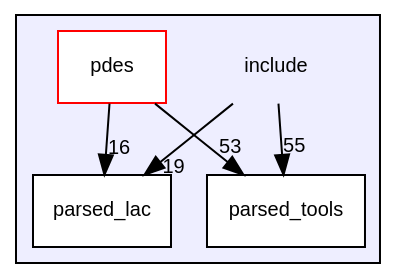
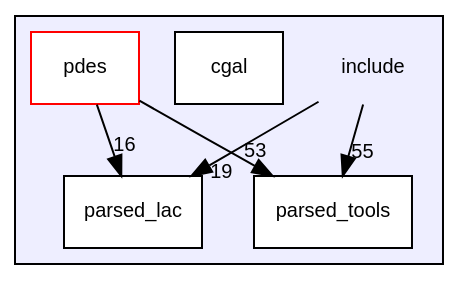
Before and after one commit to luca-heltai/fsi-suite: the diagram in dir_d44c64559bbebec7f509842c48db8b23_dep.dot, drawn with Graphviz. The commit also changed 711 other files, not shown here.

```diff
--- a/dir_d44c64559bbebec7f509842c48db8b23_dep.dot
+++ b/dir_d44c64559bbebec7f509842c48db8b23_dep.dot
@@ -1,17 +1,18 @@
 digraph "include" {
   bgcolor=transparent;
   compound=true
   node [ fontsize="10", fontname="Helvetica"];
   edge [ labelfontsize="10", labelfontname="Helvetica"];
   subgraph clusterdir_d44c64559bbebec7f509842c48db8b23 {
     graph [ bgcolor="#eeeeff", pencolor="black", label="" URL="dir_d44c64559bbebec7f509842c48db8b23.html"];
     dir_d44c64559bbebec7f509842c48db8b23 [shape=plaintext label="include"];
+    dir_36dea0a1374c25b9210852470047e626 [shape=box label="cgal" color="black" fillcolor="white" style="filled" URL="dir_36dea0a1374c25b9210852470047e626.html"];
     dir_65593bf93f1e4428cc81baf4bb94349f [shape=box label="parsed_lac" color="black" fillcolor="white" style="filled" URL="dir_65593bf93f1e4428cc81baf4bb94349f.html"];
     dir_8e8448d9aef603b86753e7cb911804a9 [shape=box label="parsed_tools" color="black" fillcolor="white" style="filled" URL="dir_8e8448d9aef603b86753e7cb911804a9.html"];
     dir_60faf9a10d52b04582224b9116454383 [shape=box label="pdes" color="red" fillcolor="white" style="filled" URL="dir_60faf9a10d52b04582224b9116454383.html"];
   }
-  dir_60faf9a10d52b04582224b9116454383->dir_8e8448d9aef603b86753e7cb911804a9 [headlabel="53", labeldistance=1.5 headhref="dir_000005_000004.html"];
-  dir_60faf9a10d52b04582224b9116454383->dir_65593bf93f1e4428cc81baf4bb94349f [headlabel="16", labeldistance=1.5 headhref="dir_000005_000003.html"];
-  dir_d44c64559bbebec7f509842c48db8b23->dir_8e8448d9aef603b86753e7cb911804a9 [headlabel="55", labeldistance=1.5 headhref="dir_000002_000004.html"];
-  dir_d44c64559bbebec7f509842c48db8b23->dir_65593bf93f1e4428cc81baf4bb94349f [headlabel="19", labeldistance=1.5 headhref="dir_000002_000003.html"];
+  dir_60faf9a10d52b04582224b9116454383->dir_8e8448d9aef603b86753e7cb911804a9 [headlabel="53", labeldistance=1.5 headhref="dir_000006_000005.html"];
+  dir_60faf9a10d52b04582224b9116454383->dir_65593bf93f1e4428cc81baf4bb94349f [headlabel="16", labeldistance=1.5 headhref="dir_000006_000004.html"];
+  dir_d44c64559bbebec7f509842c48db8b23->dir_8e8448d9aef603b86753e7cb911804a9 [headlabel="55", labeldistance=1.5 headhref="dir_000002_000005.html"];
+  dir_d44c64559bbebec7f509842c48db8b23->dir_65593bf93f1e4428cc81baf4bb94349f [headlabel="19", labeldistance=1.5 headhref="dir_000002_000004.html"];
 }
```
